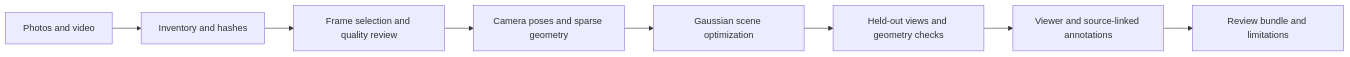
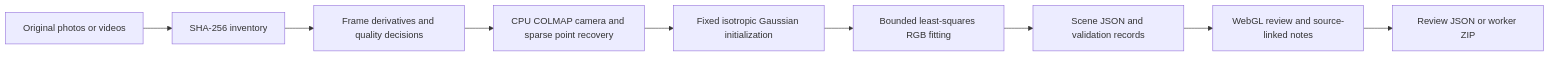
The diagram in README.md (vams2krish/DL-SceneTrace-3D), drawn with Mermaid before and after one commit. The commit also changed other lines of this file and 43 other files, not shown here.

````diff
--- a/README.md
+++ b/README.md
@@ -39,10 +145,11 @@
 ```mermaid
 flowchart LR
-    A[Photos and video] --> B[Inventory and hashes]
-    B --> C[Frame selection and quality review]
-    C --> D[Camera poses and sparse geometry]
-    D --> E[Gaussian scene optimization]
-    E --> F[Held-out views and geometry checks]
-    F --> G[Viewer and source-linked annotations]
-    G --> H[Review bundle and limitations]
+    A[Original photos or videos] --> B[SHA-256 inventory]
+    B --> C[Frame derivatives and quality decisions]
+    C --> D[CPU COLMAP camera and sparse point recovery]
+    D --> E[Fixed isotropic Gaussian initialization]
+    E --> F[Bounded least-squares RGB fitting]
+    F --> G[Scene JSON and validation records]
+    G --> H[WebGL review and source-linked notes]
+    H --> I[Review JSON or worker ZIP]
 ```
````
